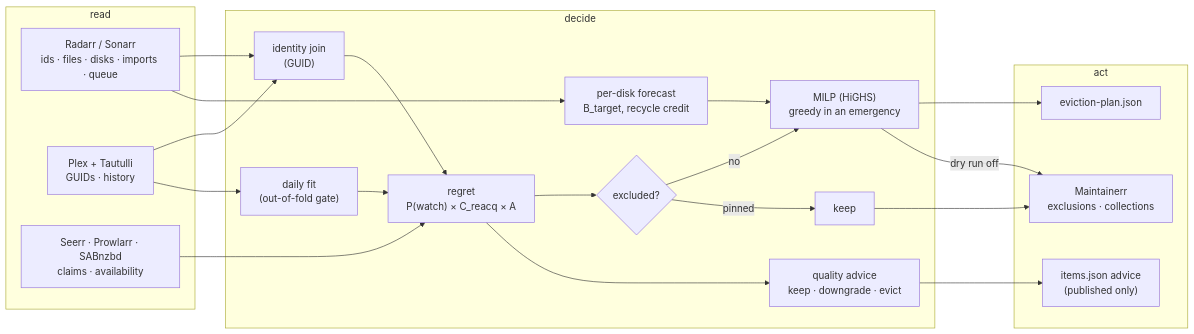
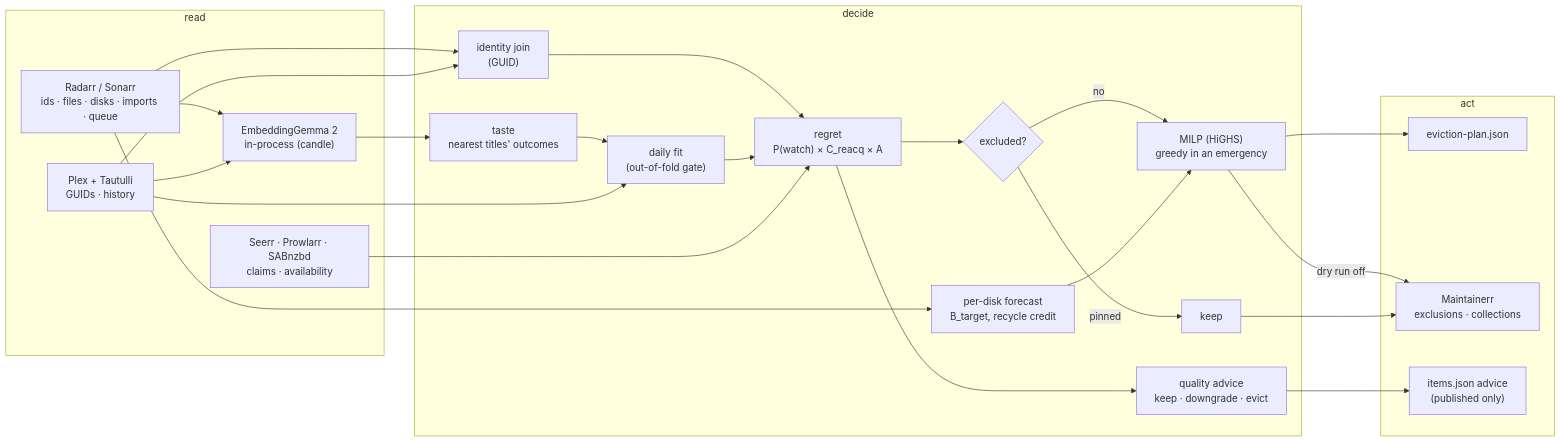
Before and after one commit to tobhoster/flinch: the diagram in docs/how-it-works.md, drawn with Mermaid. The commit also changed other lines of this file and 79 other files, not shown here.

First line of the commit message:
Finish-aware watch model, on-disk season completion, and in-process EmbeddingGemma 2

````diff
--- a/docs/how-it-works.md
+++ b/docs/how-it-works.md
@@ -426,31 +598,36 @@
 ```mermaid
 flowchart LR
     subgraph IN["read"]
         ARR["Radarr / Sonarr<br/>ids · files · disks · imports · queue"]
         PX["Plex + Tautulli<br/>GUIDs · history"]
         EXT["Seerr · Prowlarr · SABnzbd<br/>claims · availability"]
+        EMB["EmbeddingGemma 2<br/>in-process (candle)"]
     end
     subgraph DECIDE["decide"]
         ID["identity join<br/>(GUID)"] --> REG["regret<br/>P(watch) × C_reacq × A"]
         REG --> EXC{"excluded?"}
         EXC -->|no| PLAN["MILP (HiGHS)<br/>greedy in an emergency"]
         EXC -->|pinned| KEEP["keep"]
         CAP["per-disk forecast<br/>B_target, recycle credit"] --> PLAN
         FIT["daily fit<br/>(out-of-fold gate)"] --> REG
+        TASTE["taste<br/>nearest titles' outcomes"] --> FIT
         REG --> QA["quality advice<br/>keep · downgrade · evict"]
     end
     subgraph OUT["act"]
         EP["eviction-plan.json"]
         MX["Maintainerr<br/>exclusions · collections"]
         QA_OUT["items.json advice<br/>(published only)"]
     end
     ARR --> ID
     PX --> ID
     PX --> FIT
     EXT --> REG
+    ARR --> EMB
+    PX --> EMB
+    EMB --> TASTE
     ARR --> CAP
     PLAN --> EP
     PLAN -->|dry run off| MX
     KEEP --> MX
     QA --> QA_OUT
 ```
````
